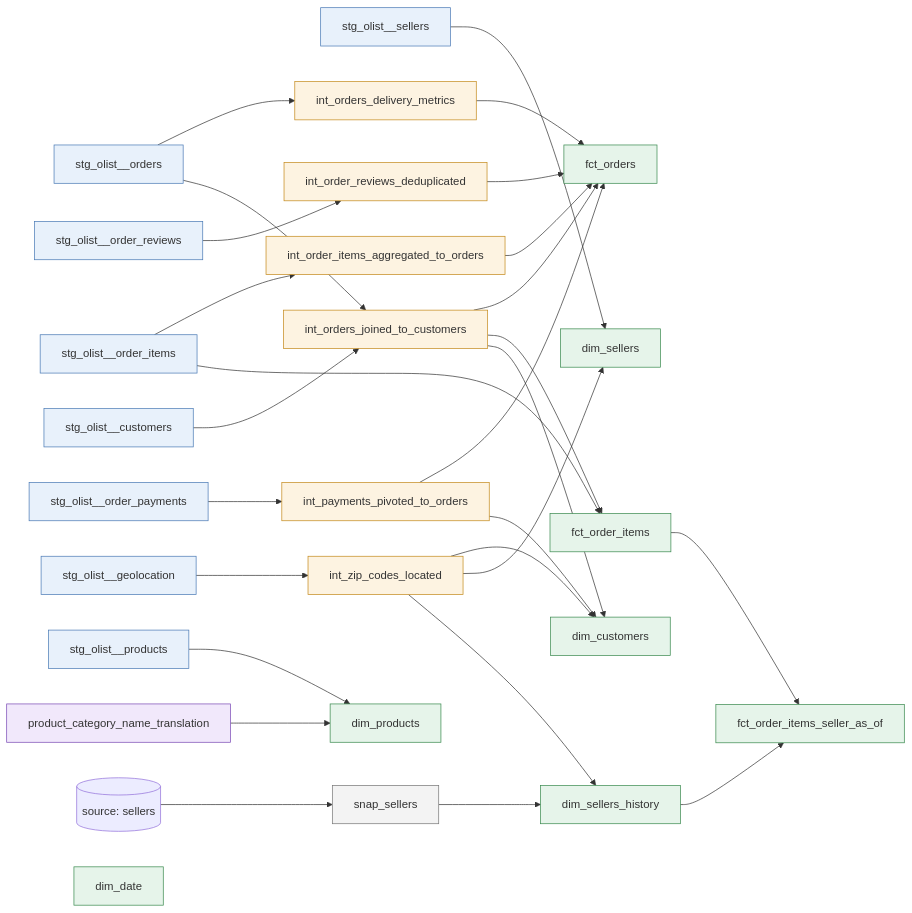
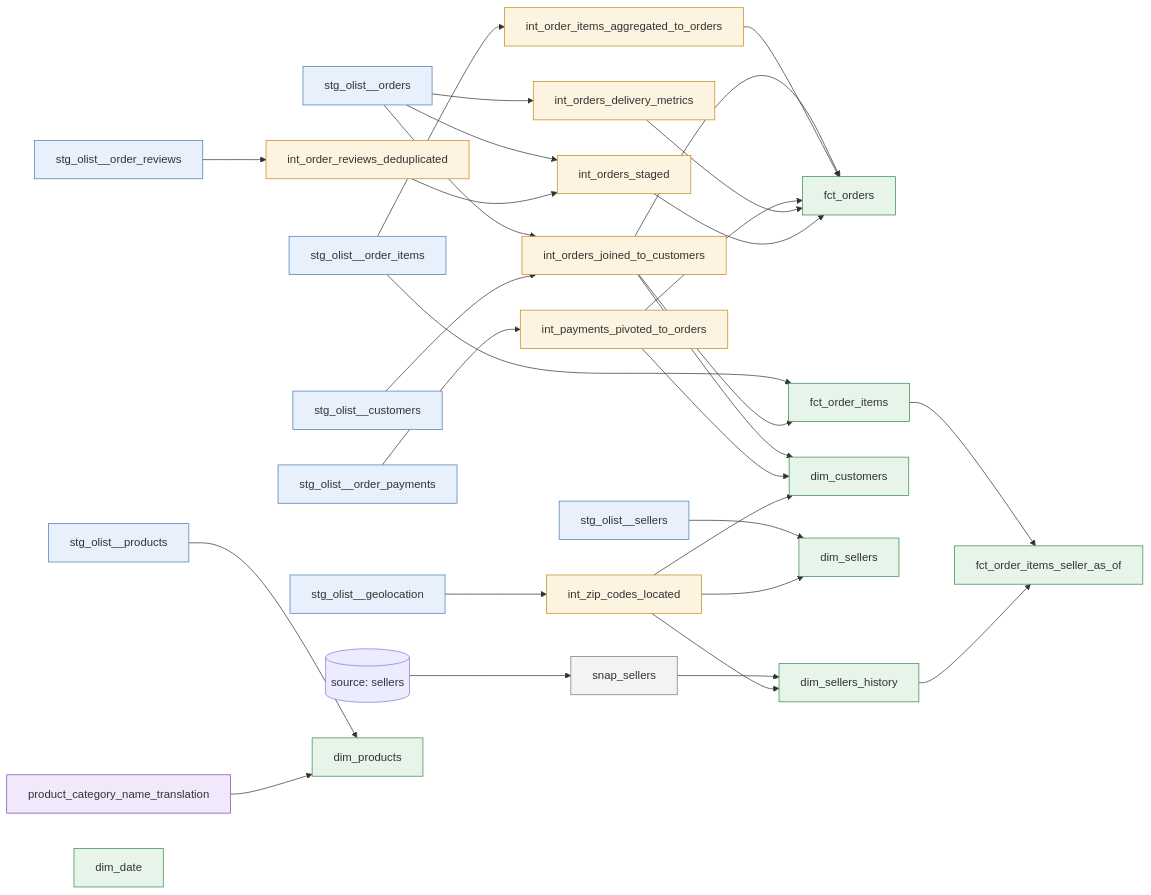
Before and after one commit to ShuCiG/olist-analytics-dbt: the third of 4 diagrams in README.md, drawn with Mermaid. The commit also changed other lines of this file and 11 other files, not shown here.

First line of the commit message:
feat: fct_orders as an accumulating snapshot with an order funnel (D107)

````diff
--- a/README.md
+++ b/README.md
@@ -187,69 +187,72 @@
 ```mermaid
 flowchart LR
     classDef stg fill:#e8f1fb,stroke:#4a7ab5
     classDef int fill:#fdf3e1,stroke:#c48a1c
     classDef mart fill:#e6f4ea,stroke:#3a8a4f
     classDef seed fill:#f1e8fb,stroke:#7a4ab5
     classDef snap fill:#f3f3f3,stroke:#777777
 
     stg_orders[stg_olist__orders]:::stg
     stg_items[stg_olist__order_items]:::stg
     stg_payments[stg_olist__order_payments]:::stg
     stg_reviews[stg_olist__order_reviews]:::stg
     stg_customers[stg_olist__customers]:::stg
     stg_products[stg_olist__products]:::stg
     stg_sellers[stg_olist__sellers]:::stg
     stg_geo[stg_olist__geolocation]:::stg
     translation[product_category_name_translation]:::seed
     src_sellers[(source: sellers)]
     snap_sellers:::snap
 
     int_pay[int_payments_pivoted_to_orders]:::int
     int_items[int_order_items_aggregated_to_orders]:::int
     int_delivery[int_orders_delivery_metrics]:::int
     int_reviews[int_order_reviews_deduplicated]:::int
+    int_staged[int_orders_staged]:::int
     int_zip[int_zip_codes_located]:::int
     int_oc[int_orders_joined_to_customers]:::int
 
     fct_orders:::mart
     fct_order_items:::mart
     dim_customers:::mart
     dim_sellers:::mart
     dim_sellers_history:::mart
     fct_order_items_seller_as_of:::mart
     dim_products:::mart
     dim_date:::mart
 
     stg_payments --> int_pay
     stg_items --> int_items
     stg_orders --> int_delivery
     stg_reviews --> int_reviews
+    stg_orders --> int_staged
+    int_reviews --> int_staged
     stg_geo --> int_zip
     stg_orders --> int_oc
     stg_customers --> int_oc
 
     int_oc --> fct_orders
     int_items --> fct_orders
     int_pay --> fct_orders
     int_delivery --> fct_orders
-    int_reviews --> fct_orders
+    int_staged --> fct_orders
 
     stg_items --> fct_order_items
     int_oc --> fct_order_items
 
     int_oc --> dim_customers
     int_pay --> dim_customers
     int_zip --> dim_customers
 
     stg_sellers --> dim_sellers
     int_zip --> dim_sellers
 
     stg_products --> dim_products
     translation --> dim_products
 
     src_sellers --> snap_sellers
     snap_sellers --> dim_sellers_history
     int_zip --> dim_sellers_history
     fct_order_items --> fct_order_items_seller_as_of
     dim_sellers_history --> fct_order_items_seller_as_of
 ```
````
